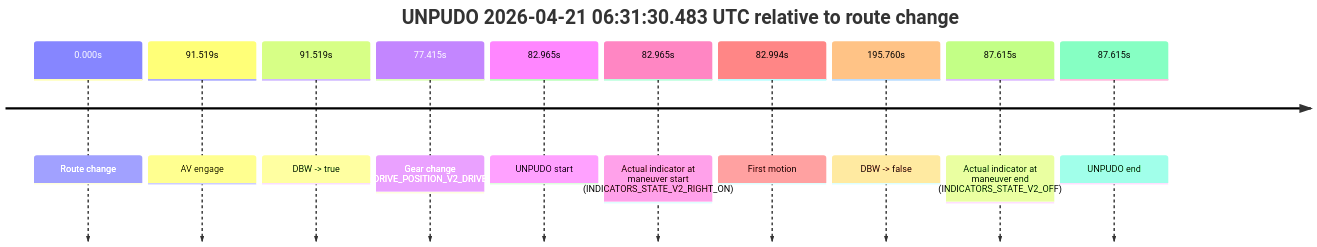
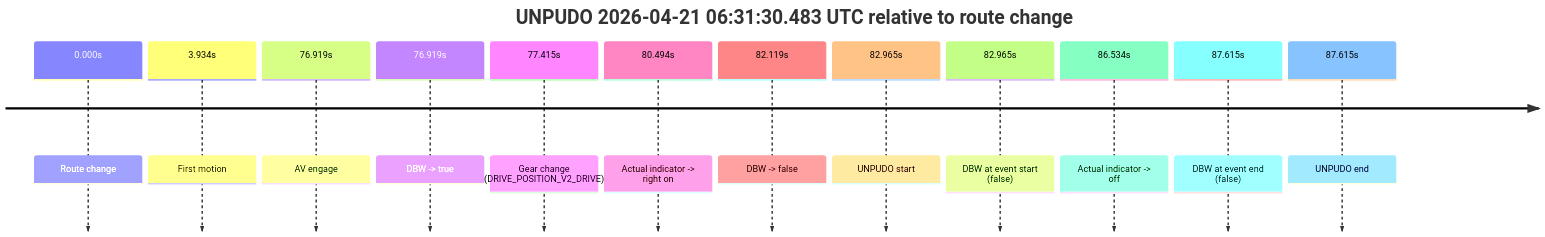
The second of 4 diagrams in model_analysis/report_cards/2026/04/Week-4/fme20009--2026-04-21--06-08-18--gen2-av-470902ab-378d-4c22-ba1b-1a27990522c6.md (yoelshapiro/vault), drawn with Mermaid before and after one commit. The commit also changed other lines of this file and 85 other files, not shown here.

````diff
--- a/model_analysis/report_cards/2026/04/Week-4/fme20009--2026-04-21--06-08-18--gen2-av-470902ab-378d-4c22-ba1b-1a27990522c6.md
+++ b/model_analysis/report_cards/2026/04/Week-4/fme20009--2026-04-21--06-08-18--gen2-av-470902ab-378d-4c22-ba1b-1a27990522c6.md
@@ -215,14 +146,16 @@
 ```mermaid
 timeline
     title UNPUDO 2026-04-21 06:31:30.483 UTC relative to route change
     0.000s : Route change
-    91.519s : AV engage
-    91.519s : DBW -> true
+    3.934s : First motion
+    76.919s : AV engage
+    76.919s : DBW -> true
     77.415s : Gear change (DRIVE_POSITION_V2_DRIVE)
+    80.494s : Actual indicator -> right on
+    82.119s : DBW -> false
     82.965s : UNPUDO start
-    82.965s : Actual indicator at maneuver start (INDICATORS_STATE_V2_RIGHT_ON)
-    82.994s : First motion
-    195.760s : DBW -> false
-    87.615s : Actual indicator at maneuver end (INDICATORS_STATE_V2_OFF)
+    82.965s : DBW at event start (false)
+    86.534s : Actual indicator -> off
+    87.615s : DBW at event end (false)
     87.615s : UNPUDO end
 ```
````
